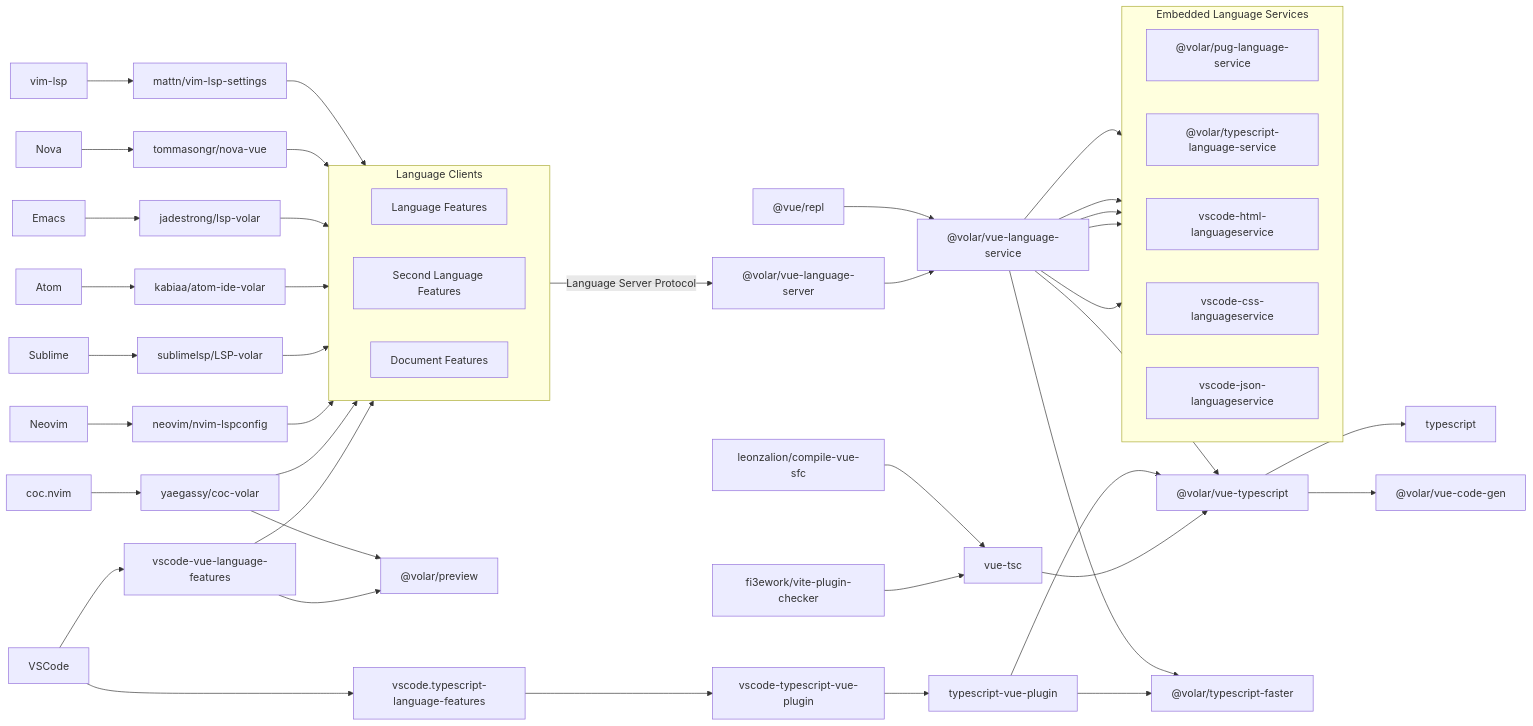
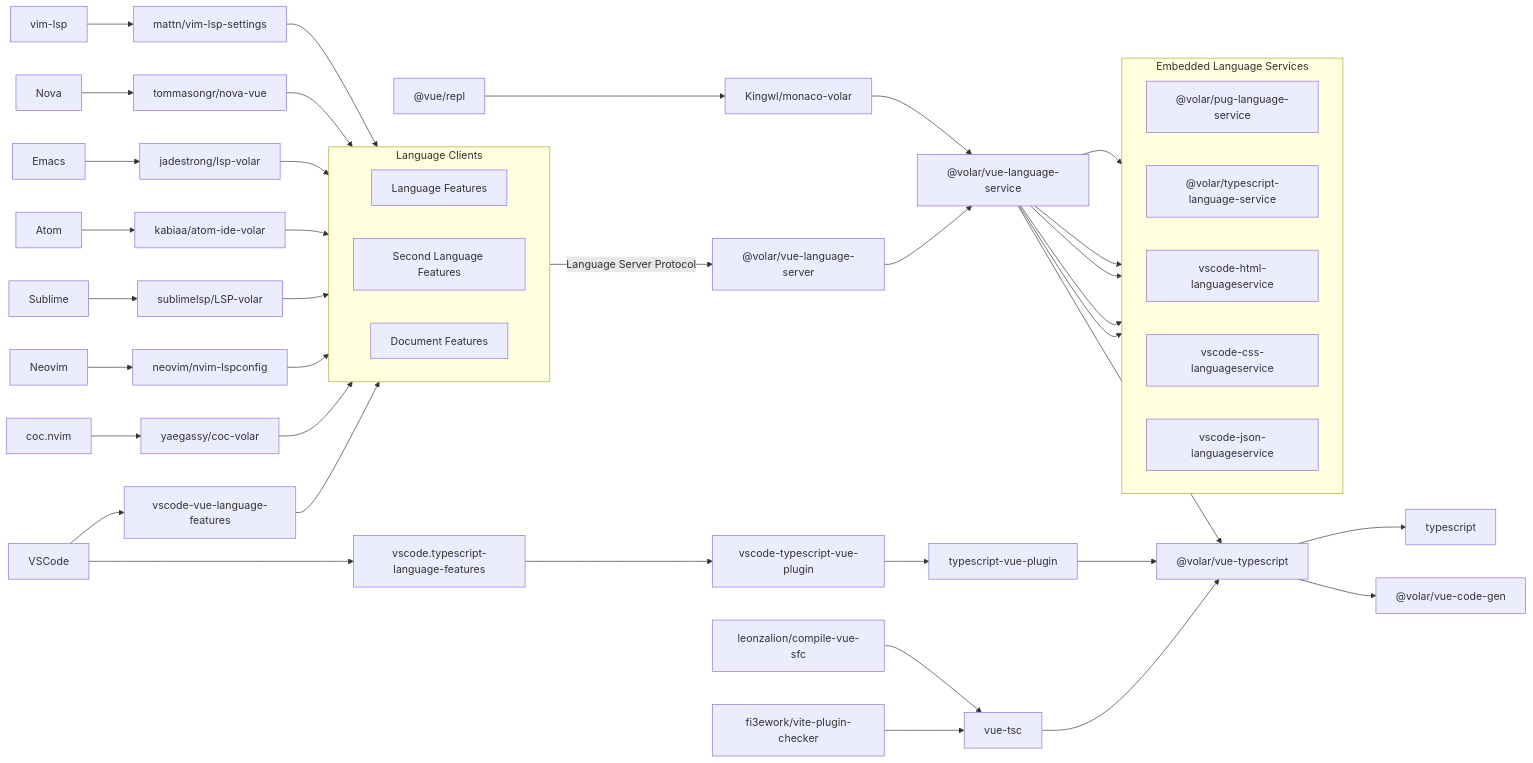
One commit to vuejs/language-tools changed the diagram in README.md. Above: the diagram before and after it, drawn with Mermaid.

Commit message:
chore: add monaco-volar to mermaid

```diff
--- a/README.md
+++ b/README.md
@@ -106,8 +106,8 @@
 	VOLAR_VUE_SERVICE["@volar/vue-language-service"]
 	VOLAR_PUG_SERVICE["@volar/pug-language-service"]
 	VOLAR_TS_SERVICE["@volar/typescript-language-service"]
-	VOLAR_TS_FASTER["@volar/typescript-faster"]
-	VOLAR_PREVIEW["@volar/preview"]
+	%% VOLAR_TS_FASTER["@volar/typescript-faster"]
+	%% VOLAR_PREVIEW["@volar/preview"]
 	VUE_TSC[vue-tsc]
 	TS_VUE_PLUGIN[typescript-vue-plugin]
 
@@ -129,6 +129,7 @@
 	TS[typescript]
 	VSC_TS[vscode.typescript-language-features]
 	VUE_REPL["@vue/repl"]
+	MONACO_VOLAR[Kingwl/monaco-volar]
 	VITE_PLUGIN_CHECKER[fi3ework/vite-plugin-checker]
 	COMPILE_VUE_SFC[leonzalion/compile-vue-sfc]
 
@@ -138,6 +139,7 @@
 	click TS "https://github.com/microsoft/TypeScript"
 	click VSC_TS "https://github.com/microsoft/vscode/tree/main/extensions/typescript-language-features"
 	click VUE_REPL "https://github.com/vuejs/repl"
+	click MONACO_VOLAR "https://github.com/Kingwl/monaco-volar"
 	click VITE_PLUGIN_CHECKER "https://github.com/fi3ework/vite-plugin-checker"
 	click COMPILE_VUE_SFC "https://github.com/leonzalion/compile-vue-sfc"
 
@@ -179,8 +181,8 @@
 	NOVA_VUE --> VUE_CLIENTS
 	VIM_VUE --> VUE_CLIENTS
 
-	VSC_VUE --> VOLAR_PREVIEW
-	COC_VUE --> VOLAR_PREVIEW
+	%% VSC_VUE --> VOLAR_PREVIEW
+	%% COC_VUE --> VOLAR_PREVIEW
 
 	VUE_CLIENTS -- Language Server Protocol --> VOLAR_VUE_SERVER
 
@@ -188,14 +190,16 @@
 	VSC_TS --> VSC_TSVP
 	VSC_TSVP --> TS_VUE_PLUGIN
 	VOLAR_VUE_SERVER --> VOLAR_VUE_SERVICE
-	VUE_REPL --> VOLAR_VUE_SERVICE
 	VUE_TSC --> VOLAR_VUE_TS
 	VITE_PLUGIN_CHECKER --> VUE_TSC
 	COMPILE_VUE_SFC --> VUE_TSC
 	TS_VUE_PLUGIN --> VOLAR_VUE_TS
 
-	TS_VUE_PLUGIN --> VOLAR_TS_FASTER
-	VOLAR_VUE_SERVICE --> VOLAR_TS_FASTER
+	VUE_REPL --> MONACO_VOLAR
+	MONACO_VOLAR --> VOLAR_VUE_SERVICE
+
+	%% TS_VUE_PLUGIN --> VOLAR_TS_FASTER
+	%% VOLAR_VUE_SERVICE --> VOLAR_TS_FASTER
 
 	VOLAR_VUE_SERVICE --> VOLAR_VUE_TS
 	VOLAR_VUE_SERVICE --> VOLAR_TS_SERVICE
```
